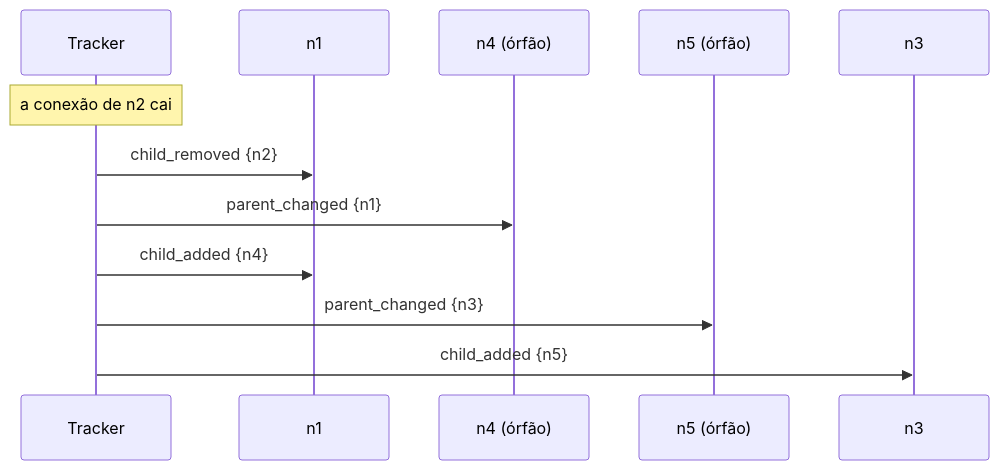
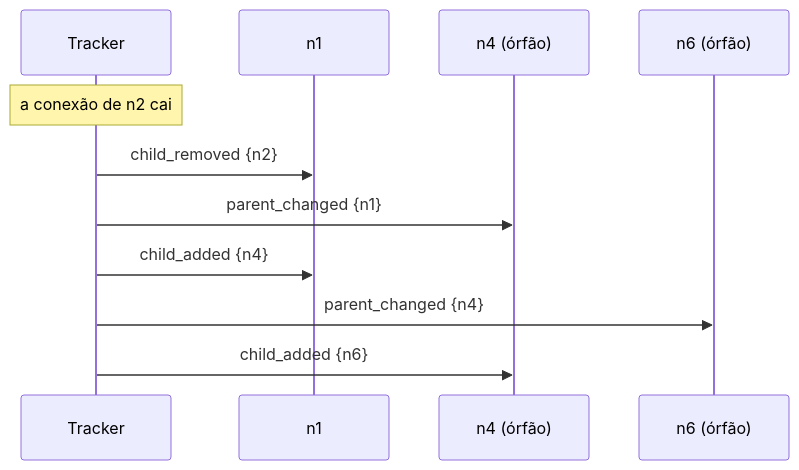
Before and after one commit to Soljaa/trabalho_streaming: the third of 4 diagrams in docs/02-arquitetura-do-tracker.md, drawn with Mermaid. The commit also changed other lines of this file and 6 other files, not shown here.

````diff
--- a/docs/02-arquitetura-do-tracker.md
+++ b/docs/02-arquitetura-do-tracker.md
@@ -201,14 +240,13 @@
 ```mermaid
 sequenceDiagram
     participant T as Tracker
     participant R as n1
     participant C as n4 (órfão)
-    participant D as n5 (órfão)
-    participant B as n3
+    participant D as n6 (órfão)
     Note over T: a conexão de n2 cai
     T->>R: child_removed {n2}
     T->>C: parent_changed {n1}
     T->>R: child_added {n4}
-    T->>D: parent_changed {n3}
-    T->>B: child_added {n5}
+    T->>D: parent_changed {n4}
+    T->>C: child_added {n6}
 ```
````
